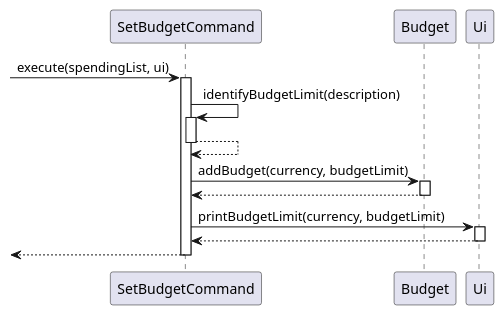
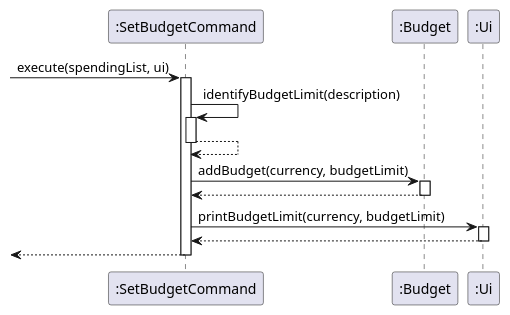
One commit to xieyaoyue/tp changed the diagram in src/uml/SetBudgetCommand.puml. Above: the diagram before and after it, drawn with PlantUML. The commit also changed 7 other files, not shown here.

Commit message:
Update minor errors in UML diagrams

```diff
--- a/src/uml/SetBudgetCommand.puml
+++ b/src/uml/SetBudgetCommand.puml
@@ -1,18 +1,18 @@
 @startuml
-->SetBudgetCommand:execute(spendingList, ui)
-activate SetBudgetCommand
-SetBudgetCommand->SetBudgetCommand:identifyBudgetLimit(description)
-activate SetBudgetCommand
-SetBudgetCommand-->SetBudgetCommand:
-deactivate SetBudgetCommand
-SetBudgetCommand->Budget:addBudget(currency, budgetLimit)
-activate Budget
-Budget-->SetBudgetCommand:
-deactivate Budget
-SetBudgetCommand->Ui:printBudgetLimit(currency, budgetLimit)
-activate Ui
-Ui-->SetBudgetCommand:
-deactivate Ui
-<--SetBudgetCommand
-deactivate SetBudgetCommand
+->":SetBudgetCommand":execute(spendingList, ui)
+activate ":SetBudgetCommand"
+":SetBudgetCommand"->":SetBudgetCommand":identifyBudgetLimit(description)
+activate ":SetBudgetCommand"
+":SetBudgetCommand"-->":SetBudgetCommand":
+deactivate ":SetBudgetCommand"
+":SetBudgetCommand"->":Budget":addBudget(currency, budgetLimit)
+activate ":Budget"
+":Budget"-->":SetBudgetCommand":
+deactivate ":Budget"
+":SetBudgetCommand"->":Ui":printBudgetLimit(currency, budgetLimit)
+activate ":Ui"
+":Ui"-->":SetBudgetCommand":
+deactivate ":Ui"
+<--":SetBudgetCommand"
+deactivate ":SetBudgetCommand"
 @enduml
```
